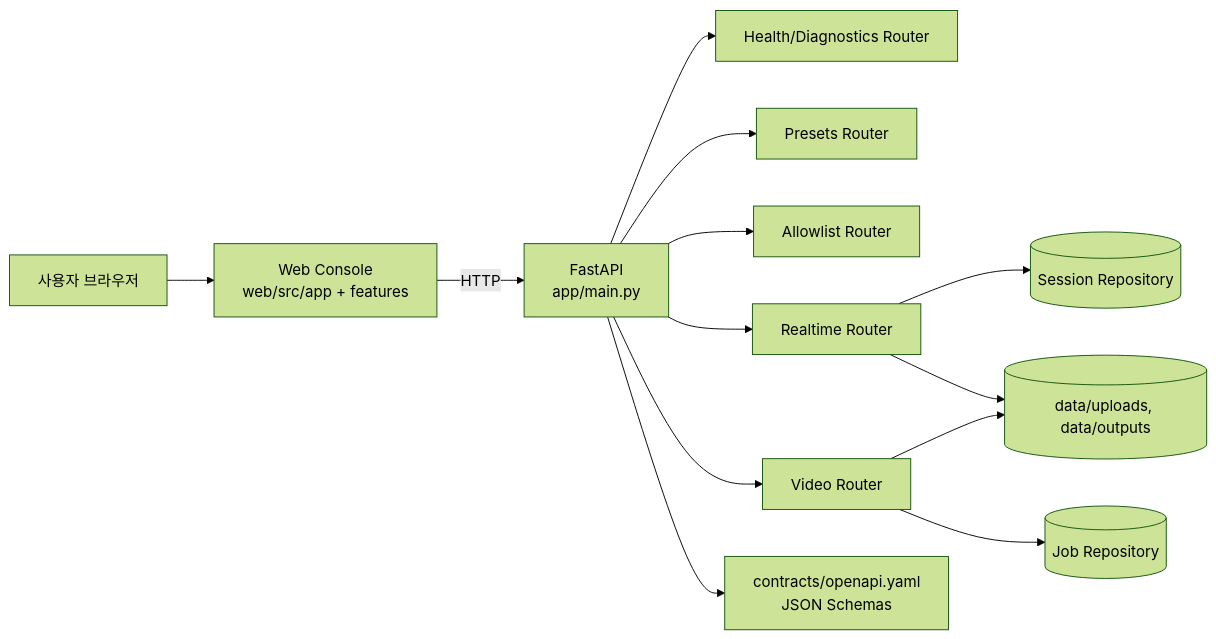
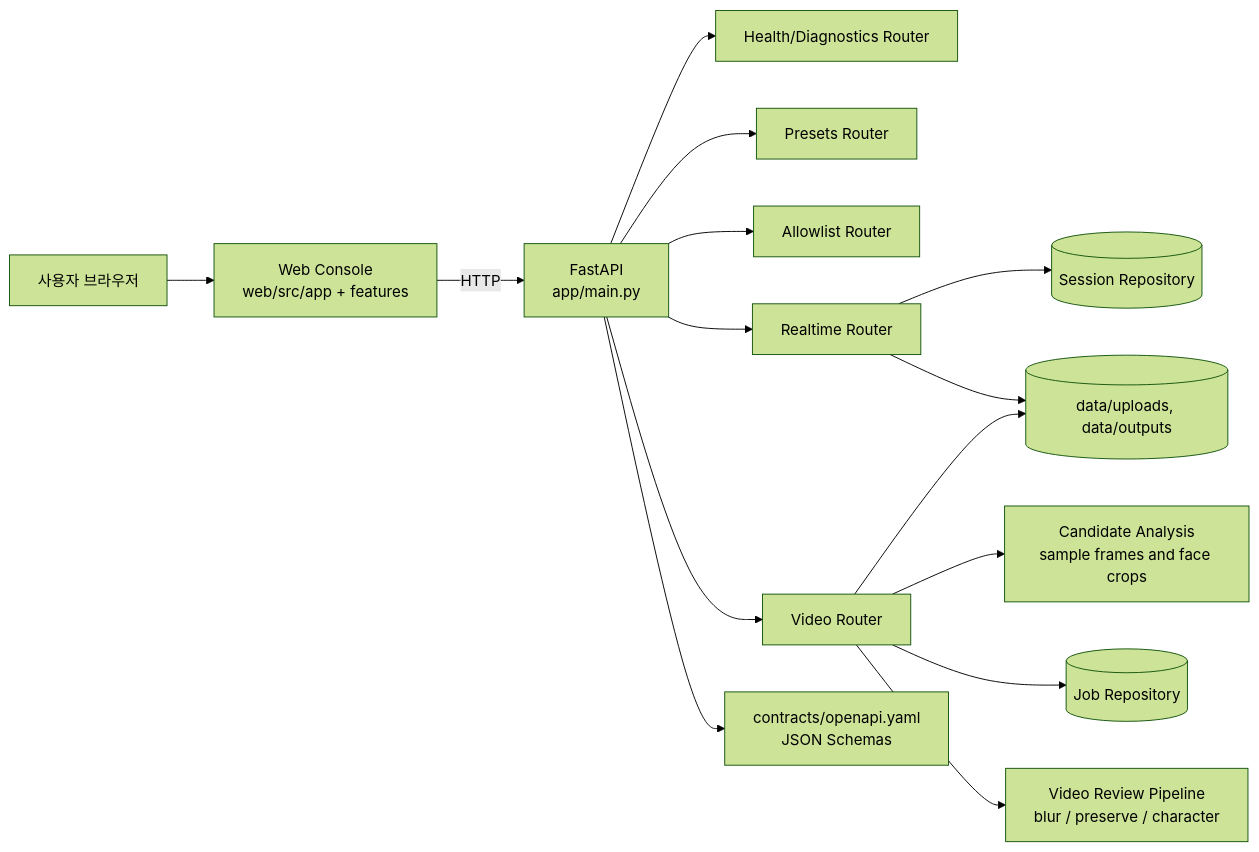
Before and after one commit to iamdbstjd/PersonaMask: the first of 4 diagrams in README.md, drawn with Mermaid (forest theme). The commit also changed other lines of this file and 45 other files, not shown here.

First line of the commit message:
Make video review output auditable

````diff
--- a/README.md
+++ b/README.md
@@ -113,20 +131,22 @@
 ```mermaid
 flowchart LR
     User["사용자 브라우저"] --> WebUI["Web Console<br/>web/src/app + features"]
 
     WebUI -->|HTTP| API["FastAPI<br/>app/main.py"]
 
     API --> Health[Health/Diagnostics Router]
     API --> Presets[Presets Router]
     API --> Allowlist[Allowlist Router]
     API --> Realtime[Realtime Router]
     API --> Videos[Video Router]
 
     Realtime --> SessionRepo[(Session Repository)]
+    Videos --> CandidateAnalysis[Candidate Analysis<br/>sample frames and face crops]
     Videos --> JobRepo[(Job Repository)]
+    Videos --> VideoPipeline[Video Review Pipeline<br/>blur / preserve / character]
 
     Realtime --> DataDir[(data/uploads, data/outputs)]
     Videos --> DataDir
 
     API --> Contracts["contracts/openapi.yaml<br/>JSON Schemas"]
 ```
````
